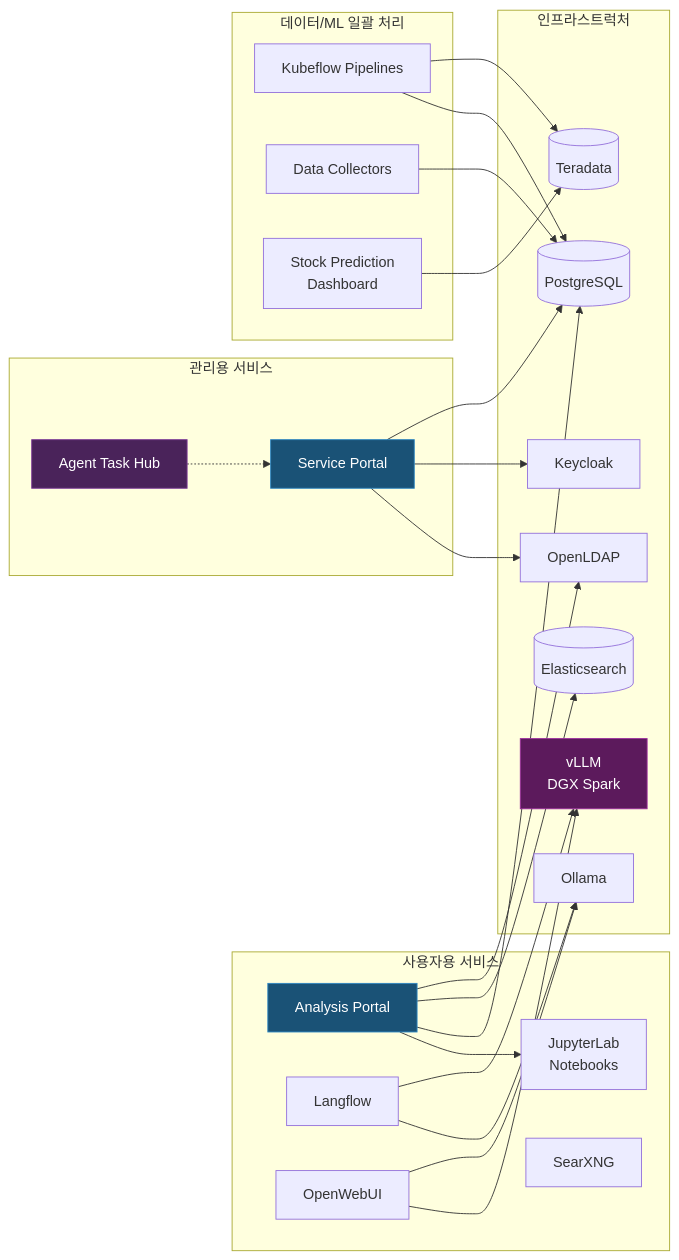
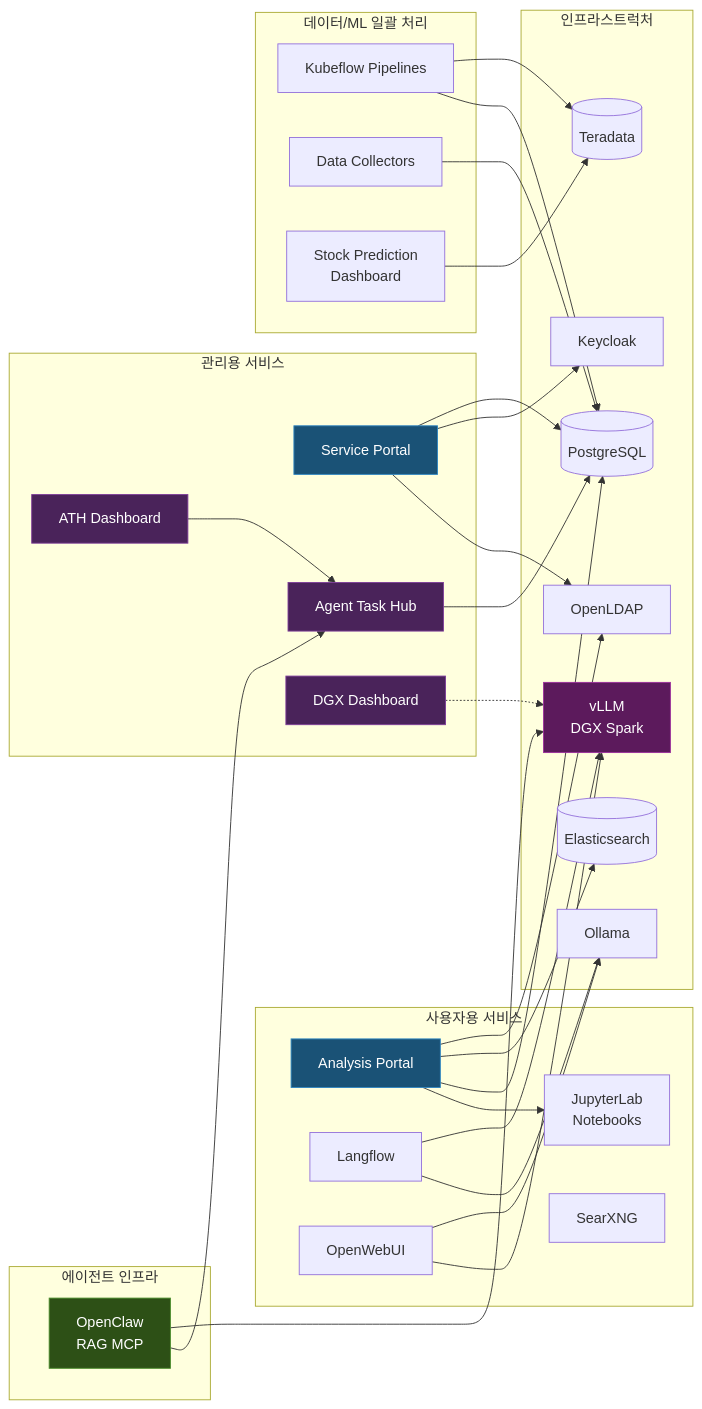
One commit to whguswka/whguswka.github.io changed the diagram in _posts/2026-03-25-home-lab-services.md. Above: the diagram before and after it, drawn with Mermaid. The commit also changed other lines of this file and 3 other files, not shown here.

First line of the commit message:
docs: 인프라/ATH 포스트 2026-04 최신화 및 ATH 고도화 아티클 추가

````diff
--- a/_posts/2026-03-25-home-lab-services.md
+++ b/_posts/2026-03-25-home-lab-services.md
@@ -151,53 +170,66 @@
 ```mermaid
 graph LR
     subgraph UserServices["사용자용 서비스"]
         AP[Analysis Portal]
         JL[JupyterLab<br/>Notebooks]
         LF[Langflow]
         OW[OpenWebUI]
         SX[SearXNG]
     end
 
     subgraph AdminServices["관리용 서비스"]
         SP[Service Portal]
         ATH[Agent Task Hub]
+        ATHD[ATH Dashboard]
+        DGXD[DGX Dashboard]
     end
 
     subgraph DataML["데이터/ML 일괄 처리"]
         KFP[Kubeflow Pipelines]
         COL[Data Collectors]
         STK[Stock Prediction<br/>Dashboard]
+    end
+
+    subgraph AgentInfra["에이전트 인프라"]
+        RAGMCP[OpenClaw<br/>RAG MCP]
     end
 
     subgraph Infra["인프라스트럭처"]
         PG[(PostgreSQL)]
         TD[(Teradata)]
         ES[(Elasticsearch)]
         OL[Ollama]
         VLLM[vLLM<br/>DGX Spark]
         LDAP[OpenLDAP]
         KC[Keycloak]
     end
 
     AP --> JL
     AP --> PG
     AP --> ES
     AP --> LDAP
     LF --> OL
     LF --> VLLM
     OW --> VLLM
     OW --> OL
     SP --> LDAP
     SP --> KC
     SP --> PG
-    ATH -.-> SP
+    ATH --> PG
+    ATHD --> ATH
+    DGXD -.-> VLLM
+    RAGMCP --> ATH
+    RAGMCP --> VLLM
     KFP --> PG
     KFP --> TD
     COL --> PG
     STK --> TD
 
     style AP fill:#1a5276,stroke:#2e86c1,color:#fff
     style SP fill:#1a5276,stroke:#2e86c1,color:#fff
     style ATH fill:#4a235a,stroke:#7d3c98,color:#fff
+    style ATHD fill:#4a235a,stroke:#7d3c98,color:#fff
+    style DGXD fill:#4a235a,stroke:#7d3c98,color:#fff
     style VLLM fill:#5c1a5c,stroke:#9b2d9b,color:#fff
+    style RAGMCP fill:#2d5016,stroke:#4a8c2a,color:#fff
 ```
````
